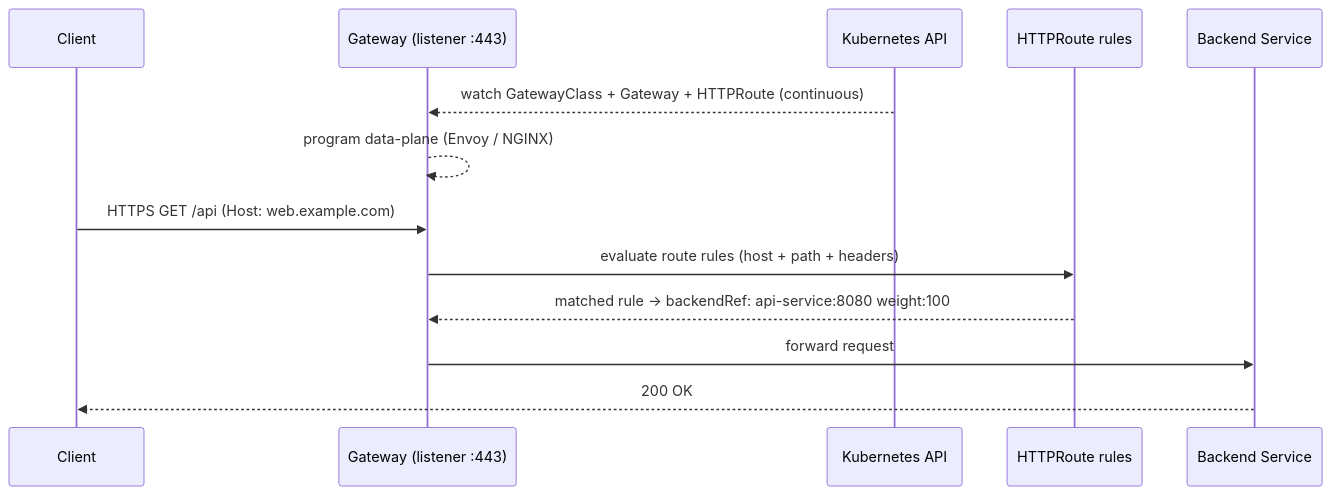
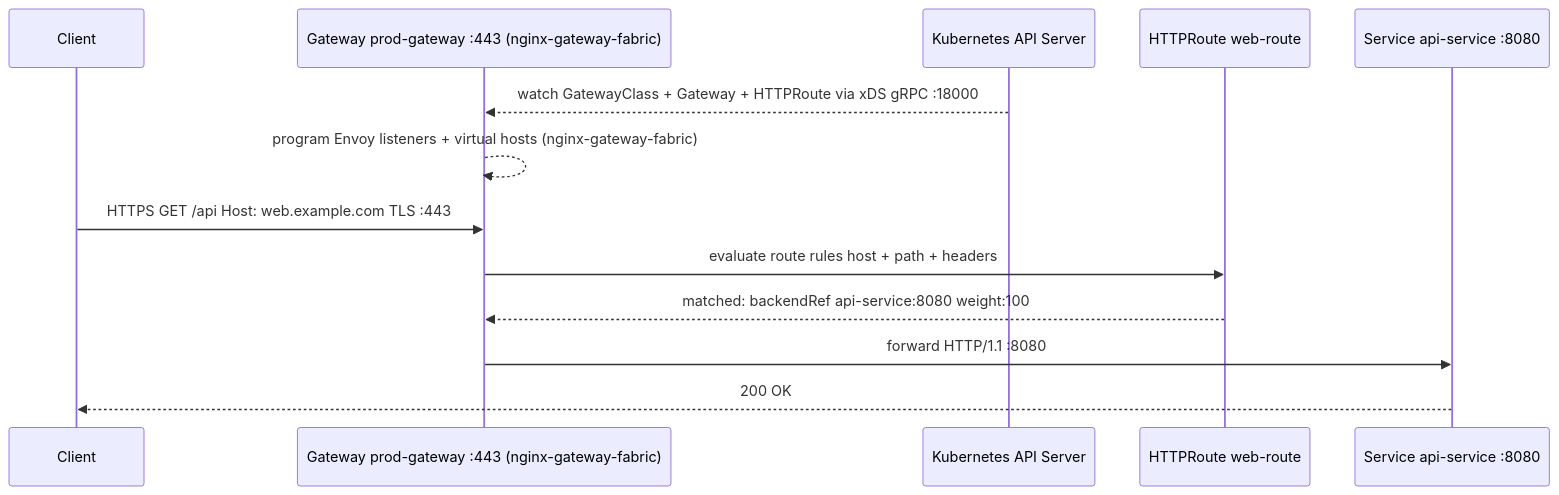
One commit to MykolaLebid/Kubernetes_networking_engineering changed the second of 2 diagrams in lessons/18-gateway-api.md. Above: the diagram before and after it, drawn with Mermaid. The commit also changed other lines of this file and 35 other files, not shown here.

First line of the commit message:
Restructure all 34 lessons: Theory/Practice split, richer diagrams, industry examples, navigation

````diff
--- a/lessons/18-gateway-api.md
+++ b/lessons/18-gateway-api.md
@@ -81,17 +57,17 @@
 ```mermaid
 sequenceDiagram
     participant C as Client
-    participant GW as Gateway (listener :443)
-    participant K8s as Kubernetes API
-    participant HR as HTTPRoute rules
-    participant SVC as Backend Service
+    participant GW as Gateway prod-gateway :443 (nginx-gateway-fabric)
+    participant K8s as Kubernetes API Server
+    participant HR as HTTPRoute web-route
+    participant SVC as Service api-service :8080
 
-    K8s-->>GW: watch GatewayClass + Gateway + HTTPRoute (continuous)
-    GW-->>GW: program data-plane (Envoy / NGINX)
+    K8s-->>GW: watch GatewayClass + Gateway + HTTPRoute via xDS gRPC :18000
+    GW-->>GW: program Envoy listeners + virtual hosts (nginx-gateway-fabric)
 
-    C->>GW: HTTPS GET /api (Host: web.example.com)
-    GW->>HR: evaluate route rules (host + path + headers)
-    HR-->>GW: matched rule → backendRef: api-service:8080 weight:100
-    GW->>SVC: forward request
+    C->>GW: HTTPS GET /api Host: web.example.com TLS :443
+    GW->>HR: evaluate route rules host + path + headers
+    HR-->>GW: matched: backendRef api-service:8080 weight:100
+    GW->>SVC: forward HTTP/1.1 :8080
     SVC-->>C: 200 OK
 ```
````
